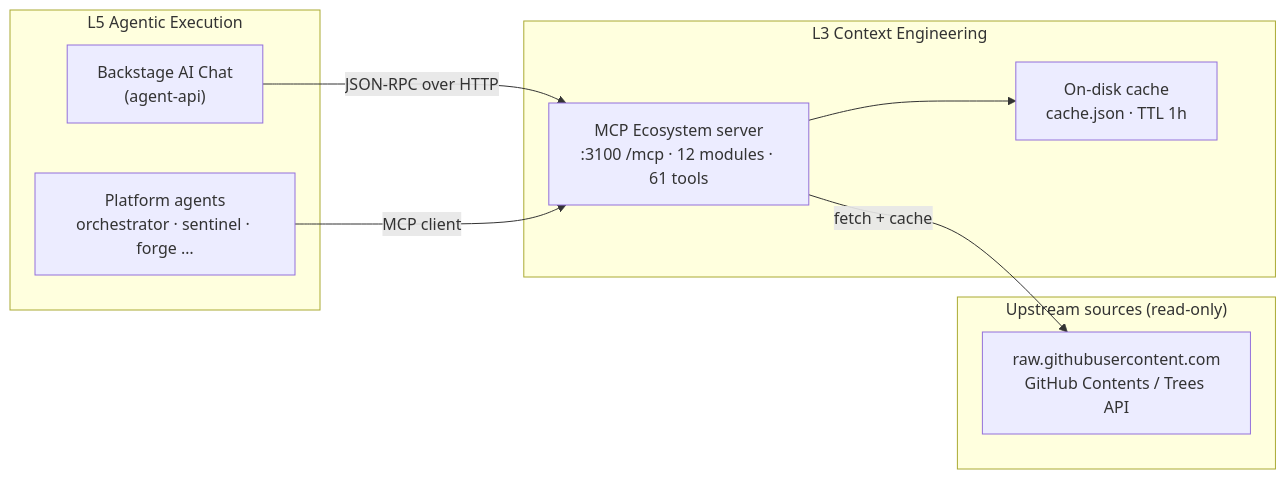
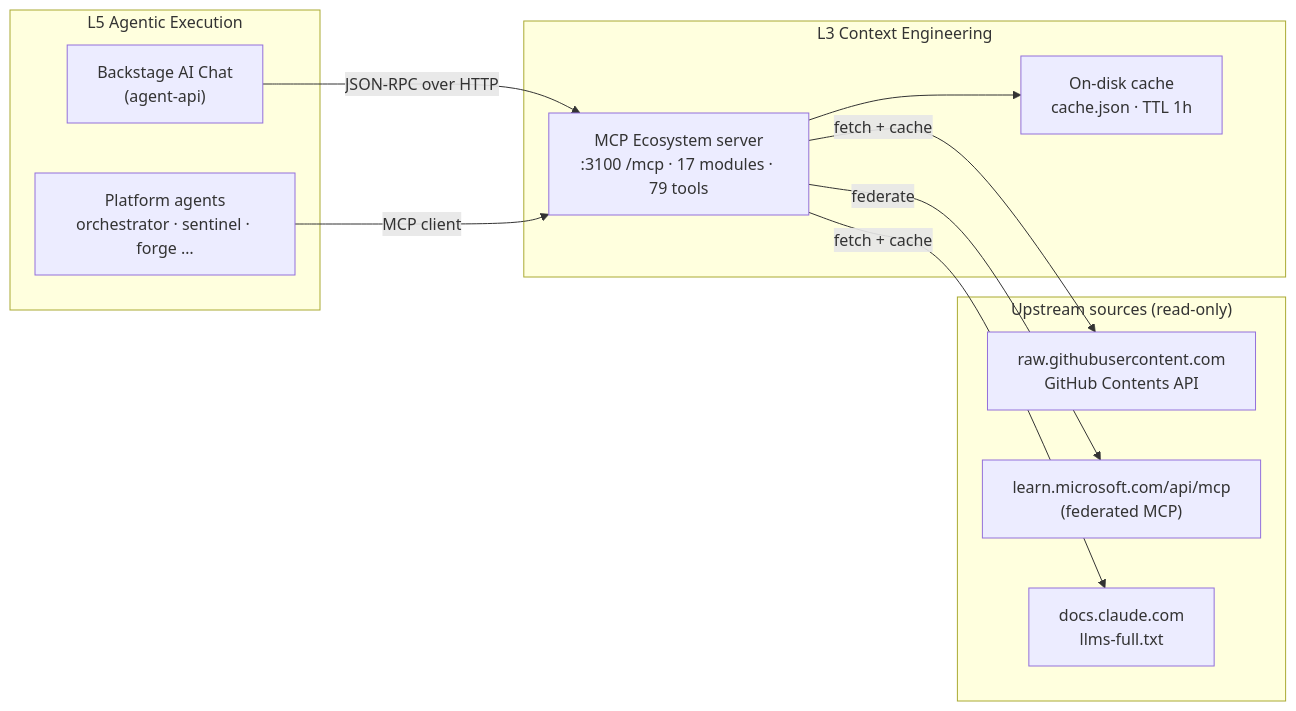
One commit to Ohorizons/ohorizons-lastest changed the first of 5 diagrams in mcp-servers/ARCHITECTURE.md. Above: the diagram before and after it, drawn with Mermaid. The commit also changed other lines of this file and 33 other files, not shown here.

First line of the commit message:
Add tools for Azure Cloud Adoption Framework, Azure Well-Architected Framework, GitHub Docs, Microsoft Learn, and VS Code documentation

````diff
--- a/mcp-servers/ARCHITECTURE.md
+++ b/mcp-servers/ARCHITECTURE.md
@@ -27,19 +27,23 @@
 ```mermaid
 flowchart LR
     subgraph L5["L5 Agentic Execution"]
         AIChat["Backstage AI Chat<br/>(agent-api)"]
         Agents["Platform agents<br/>orchestrator · sentinel · forge …"]
     end
     subgraph L3["L3 Context Engineering"]
-        ECO["MCP Ecosystem server<br/>:3100 /mcp · 12 modules · 61 tools"]
+        ECO["MCP Ecosystem server<br/>:3100 /mcp · 17 modules · 79 tools"]
         CACHE["On-disk cache<br/>cache.json · TTL 1h"]
     end
     subgraph UP["Upstream sources (read-only)"]
-        GH["raw.githubusercontent.com<br/>GitHub Contents / Trees API"]
+        GH["raw.githubusercontent.com<br/>GitHub Contents API"]
+        MSL["learn.microsoft.com/api/mcp<br/>(federated MCP)"]
+        AN["docs.claude.com<br/>llms-full.txt"]
     end
 
     AIChat -->|JSON-RPC over HTTP| ECO
     Agents -->|MCP client| ECO
     ECO --> CACHE
     ECO -->|fetch + cache| GH
+    ECO -->|federate| MSL
+    ECO -->|fetch + cache| AN
 ```
````
